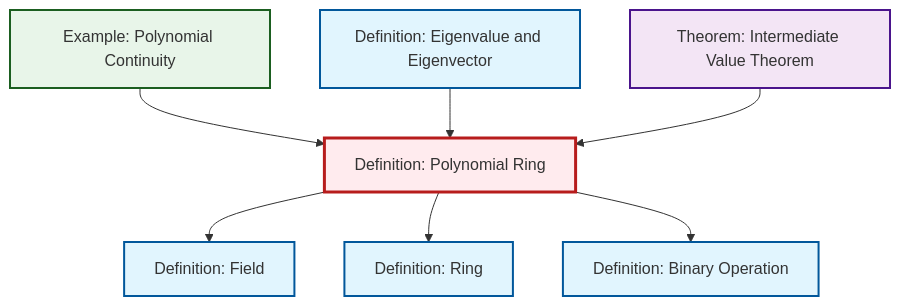
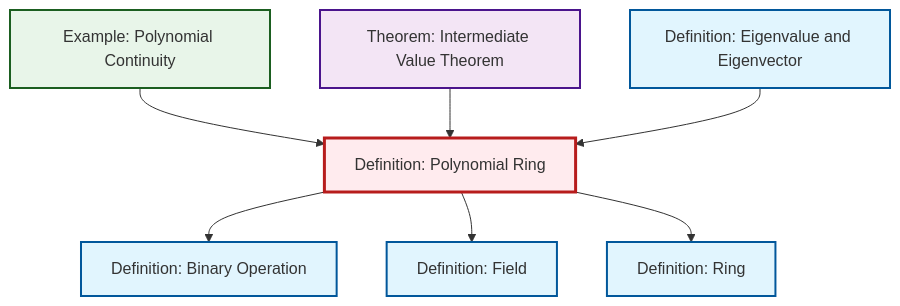
One commit to RK0429/ModernMath changed the diagram in content/ja/algebra/def-polynomial-ring.qmd. Above: the diagram before and after it, drawn with Mermaid. The commit also changed other lines of this file and 474 other files, not shown here.

````diff
--- a/content/ja/algebra/def-polynomial-ring.qmd
+++ b/content/ja/algebra/def-polynomial-ring.qmd
@@ -94,29 +94,29 @@
 ```{mermaid}
 %%| fig-cap: "Local dependency graph"
 graph TD
     classDef definition fill:#e1f5fe,stroke:#01579b,stroke-width:2px
     classDef theorem fill:#f3e5f5,stroke:#4a148c,stroke-width:2px
     classDef axiom fill:#fff3e0,stroke:#e65100,stroke-width:2px
     classDef example fill:#e8f5e9,stroke:#1b5e20,stroke-width:2px
     classDef current fill:#ffebee,stroke:#b71c1c,stroke-width:3px
+    ex-polynomial-continuity["Example: Polynomial Continuity"]:::example
+    def-field["Definition: Field"]:::definition
+    def-polynomial-ring["Definition: Polynomial Ring"]:::definition
     def-ring["Definition: Ring"]:::definition
     thm-intermediate-value["Theorem: Intermediate Value Theorem"]:::theorem
-    def-field["Definition: Field"]:::definition
+    def-eigenvalue-eigenvector["Definition: Eigenvalue and Eigenvector"]:::definition
     def-binary-operation["Definition: Binary Operation"]:::definition
-    ex-polynomial-continuity["Example: Polynomial Continuity"]:::example
-    def-eigenvalue-eigenvector["Definition: Eigenvalue and Eigenvector"]:::definition
-    def-polynomial-ring["Definition: Polynomial Ring"]:::definition
+    def-polynomial-ring --> def-binary-operation
+    ex-polynomial-continuity --> def-polynomial-ring
     def-polynomial-ring --> def-field
-    ex-polynomial-continuity --> def-polynomial-ring
+    thm-intermediate-value --> def-polynomial-ring
     def-eigenvalue-eigenvector --> def-polynomial-ring
-    thm-intermediate-value --> def-polynomial-ring
     def-polynomial-ring --> def-ring
-    def-polynomial-ring --> def-binary-operation
     class def-polynomial-ring current
+    click ex-polynomial-continuity "ex-polynomial-continuity.html" "Example: Polynomial Continuityへ"
+    click def-field "def-field.html" "Definition: Fieldへ"
     click def-ring "def-ring.html" "Definition: Ringへ"
     click thm-intermediate-value "thm-intermediate-value.html" "Theorem: Intermediate Value Theoremへ"
-    click def-field "def-field.html" "Definition: Fieldへ"
+    click def-eigenvalue-eigenvector "def-eigenvalue-eigenvector.html" "Definition: Eigenvalue and Eigenvectorへ"
     click def-binary-operation "def-binary-operation.html" "Definition: Binary Operationへ"
-    click ex-polynomial-continuity "ex-polynomial-continuity.html" "Example: Polynomial Continuityへ"
-    click def-eigenvalue-eigenvector "def-eigenvalue-eigenvector.html" "Definition: Eigenvalue and Eigenvectorへ"
 ```
````
